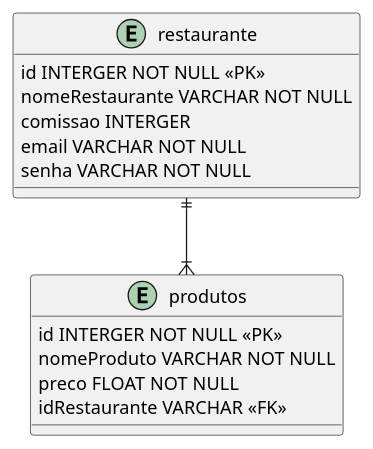
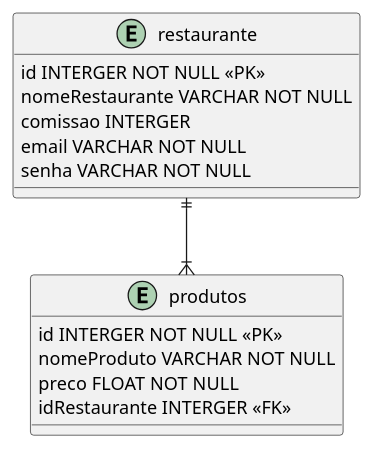
One commit to galaticghost/AndroidFood changed the diagram in modelagem/banco.wsd. Above: the diagram before and after it, drawn with PlantUML. The commit also changed 5 other files, not shown here.

```diff
--- a/modelagem/banco.wsd
+++ b/modelagem/banco.wsd
@@ -1,20 +1,20 @@
 @startuml Banco de Dados
 
 entity restaurante{
     id INTERGER NOT NULL <<PK>>
     nomeRestaurante VARCHAR NOT NULL
     comissao INTERGER
     email VARCHAR NOT NULL
     senha VARCHAR NOT NULL
 }
 
 entity produtos{
     id INTERGER NOT NULL <<PK>>
     nomeProduto VARCHAR NOT NULL 
     preco FLOAT NOT NULL
-    idRestaurante VARCHAR <<FK>>
+    idRestaurante INTERGER <<FK>>
 }
 
 restaurante ||--|{ produtos
 
 @enduml
```
